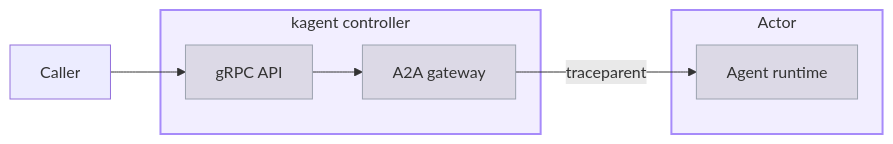
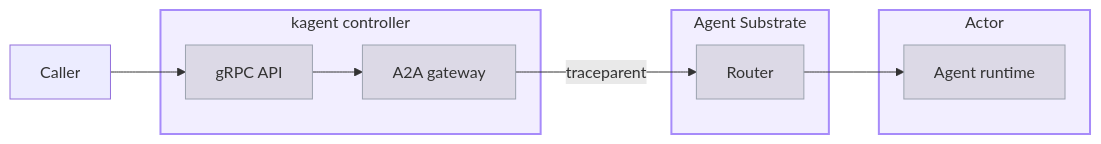
The diagram in docs-site/content/kagent/1.x/observability/tracing.md (kagent-dev/website), drawn with Mermaid before and after one commit. The commit also changed other lines of this file and 11 other files, not shown here.

````diff
--- a/docs-site/content/kagent/1.x/observability/tracing.md
+++ b/docs-site/content/kagent/1.x/observability/tracing.md
@@ -15,20 +15,24 @@
 ```mermaid
 flowchart LR
     caller["Caller"]
     subgraph controllerproc["kagent controller"]
         grpc["gRPC API"]
         gateway["A2A gateway"]
+    end
+    subgraph substrateproc["Agent Substrate"]
+        router["Router"]
     end
     subgraph actorproc["Actor"]
         runtime["Agent runtime"]
     end
     %% Cross-subgraph edges are declared outside every subgraph block, because
     %% mermaid assigns a node to the subgraph that first references it.
     caller --> grpc
     grpc --> gateway
-    gateway -->|traceparent| runtime
+    gateway -->|traceparent| router
+    router --> runtime
     classDef boundary fill:#a78bfa26,stroke:#a78bfa,stroke-width:2px
     classDef inner fill:#80808033,stroke:#9ca3af,stroke-width:1px
-    class controllerproc,actorproc boundary
-    class grpc,gateway,runtime inner
+    class controllerproc,substrateproc,actorproc boundary
+    class grpc,gateway,router,runtime inner
 ```
````
